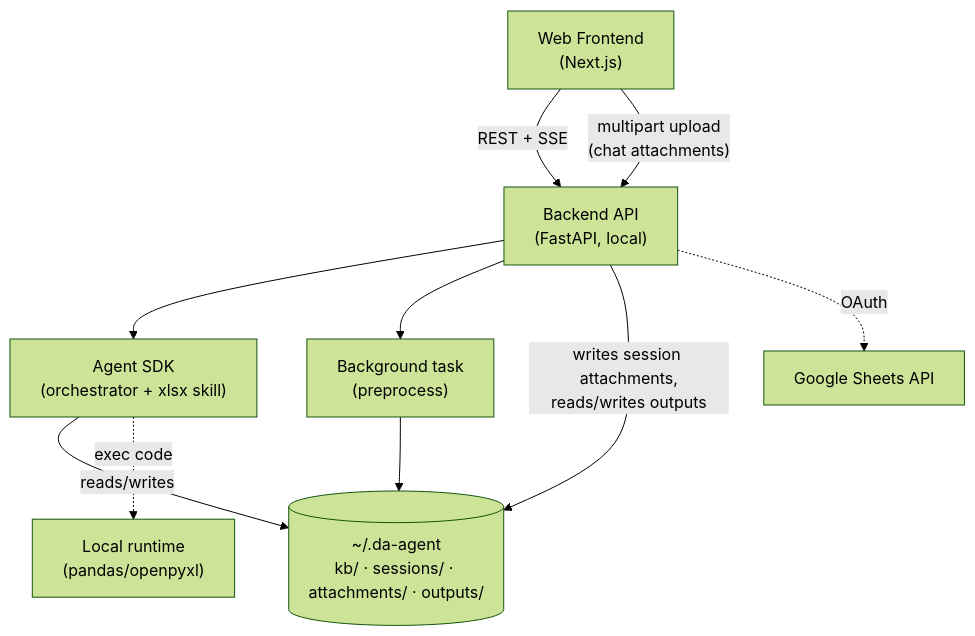
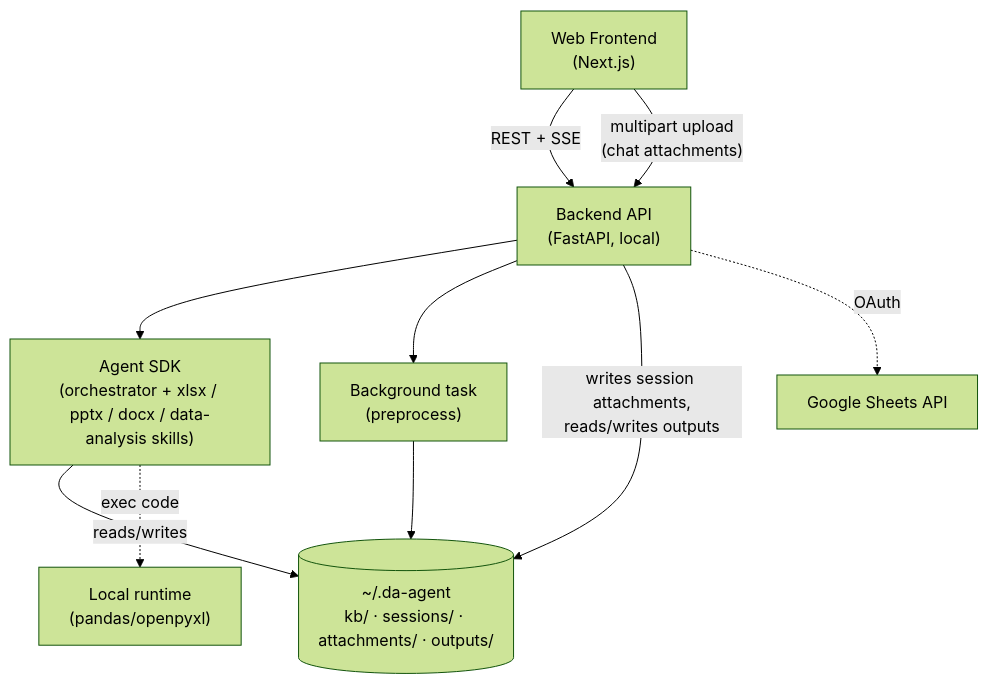
One commit to PhuongBui712/da-agent-be changed the first of 11 diagrams in docs/technical-spec.md. Above: the diagram before and after it, drawn with Mermaid (forest theme). The commit also changed other lines of this file and 2 other files, not shown here.

````diff
--- a/docs/technical-spec.md
+++ b/docs/technical-spec.md
@@ -31,15 +31,15 @@
 ```mermaid
 flowchart TB
   FE["Web Frontend<br/>(Next.js)"] -->|REST + SSE| API["Backend API<br/>(FastAPI, local)"]
   FE -->|"multipart upload<br/>(chat attachments)"| API
 
-  API --> ORCH["Agent SDK<br/>(orchestrator + xlsx skill)"]
+  API --> ORCH["Agent SDK<br/>(orchestrator + xlsx / pptx / docx / data-analysis skills)"]
   API --> BG["Background task<br/>(preprocess)"]
 
   ORCH -->|reads/writes| FS[("~/.da-agent<br/>kb/ · sessions/ · attachments/ · outputs/")]
   API -->|"writes session attachments,<br/>reads/writes outputs"| FS
   BG --> FS
   ORCH -.exec code.-> EXEC["Local runtime<br/>(pandas/openpyxl)"]
 
   API -.OAuth.-> GS["Google Sheets API"]
 ```
````
